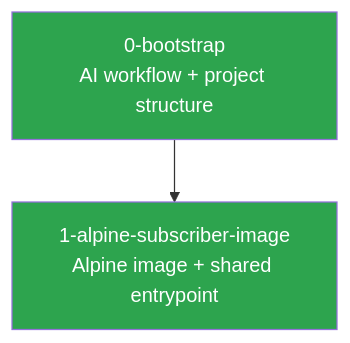
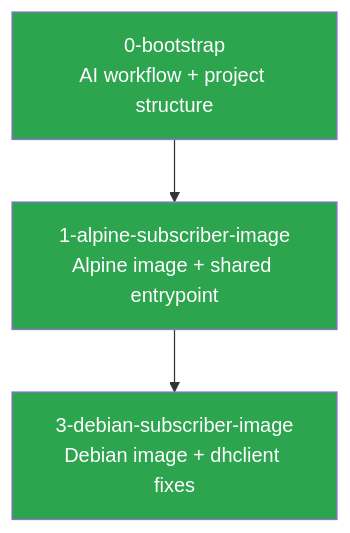
The diagram in context/SUMMARY.md (veesix-networks/bngtester), drawn with Mermaid before and after one commit. The commit also changed other lines of this file and 1 other file, not shown here.

````diff
--- a/context/SUMMARY.md
+++ b/context/SUMMARY.md
@@ -20,10 +21,13 @@
 ```mermaid
 graph TD
     B[0-bootstrap<br/>AI workflow + project structure]
     A[1-alpine-subscriber-image<br/>Alpine image + shared entrypoint]
+    D[3-debian-subscriber-image<br/>Debian image + dhclient fixes]
 
     B --> A
+    A --> D
 
     style B fill:#2da44e,color:#fff
     style A fill:#2da44e,color:#fff
+    style D fill:#2da44e,color:#fff
 ```
````
